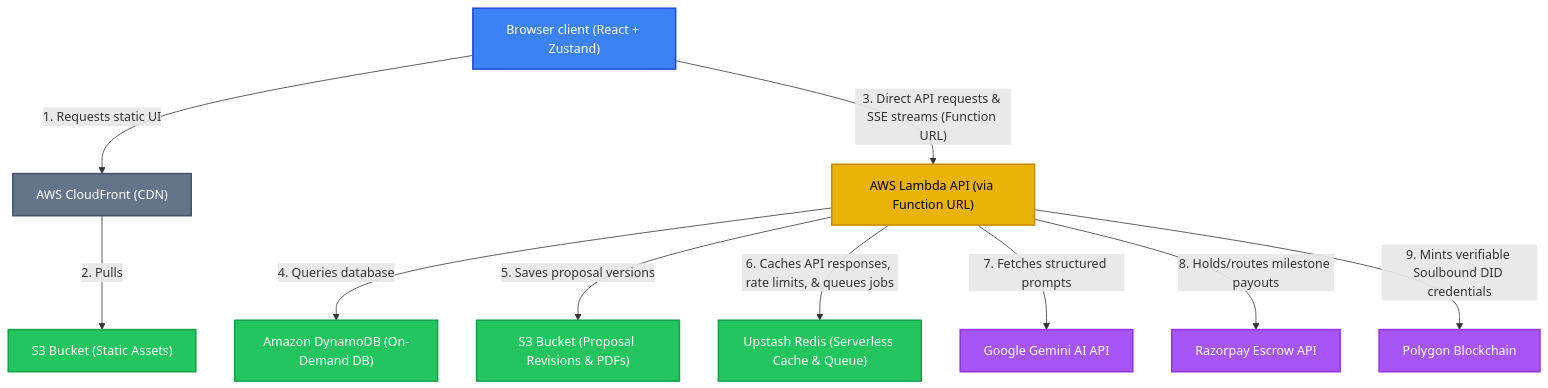
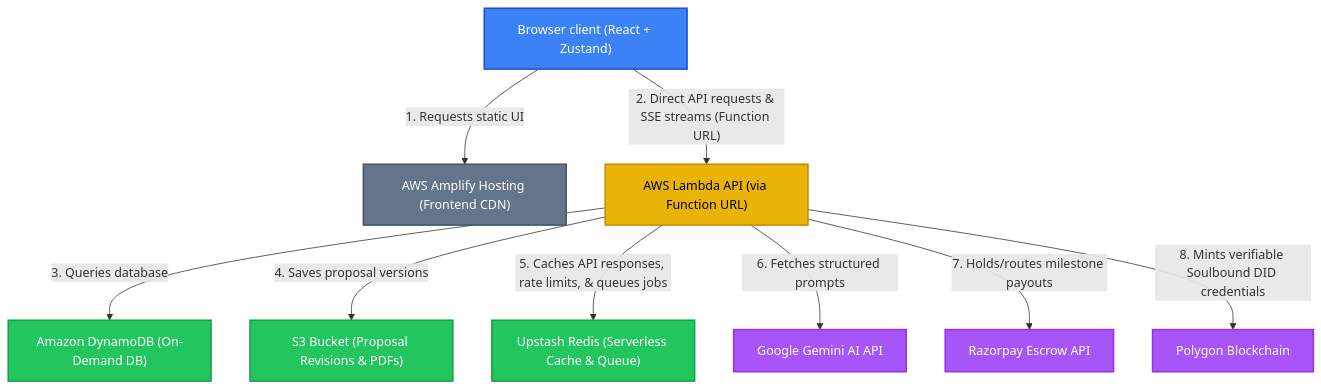
One commit to FixFlow-AI/FixFlow-AI-web changed the first of 2 diagrams in system_design.md. Above: the diagram before and after it, drawn with Mermaid. The commit also changed other lines of this file and 1 other file, not shown here.

Commit message:
docs: update system design documentation to reflect AWS Amplify Hosting integration

````diff
--- a/system_design.md
+++ b/system_design.md
@@ -186,34 +186,32 @@
 ```mermaid
 graph TD
     %% Define Classes & Styles
     classDef client fill:#3b82f6,stroke:#1d4ed8,stroke-width:2px,color:#fff;
     classDef edge fill:#64748b,stroke:#475569,stroke-width:2px,color:#fff;
     classDef compute fill:#eab308,stroke:#ca8a04,stroke-width:2px,color:#000;
     classDef storage fill:#22c55e,stroke:#16a34a,stroke-width:2px,color:#fff;
     classDef external fill:#a855f7,stroke:#9333ea,stroke-width:2px,color:#fff;
 
     %% Elements
     ClientBrowser["Browser client (React + Zustand)"]:::client
-    CloudFront["AWS CloudFront (CDN)"]:::edge
-    S3Static["S3 Bucket (Static Assets)"]:::storage
+    AmplifyHosting["AWS Amplify Hosting (Frontend CDN)"]:::edge
     LambdaBackend["AWS Lambda API (via Function URL)"]:::compute
     DynamoDB["Amazon DynamoDB (On-Demand DB)"]:::storage
     S3Data["S3 Bucket (Proposal Revisions & PDFs)"]:::storage
     RedisCache["Upstash Redis (Serverless Cache & Queue)"]:::storage
     
     GeminiAPI["Google Gemini AI API"]:::external
     RazorpayGateway["Razorpay Escrow API"]:::external
     PolygonChain["Polygon Blockchain"]:::external
 
     %% Flow Connections
-    ClientBrowser -->|1. Requests static UI| CloudFront
-    CloudFront -->|2. Pulls| S3Static
-    ClientBrowser -->|"3. Direct API requests & SSE streams (Function URL)"| LambdaBackend
-    LambdaBackend -->|4. Queries database| DynamoDB
-    LambdaBackend -->|5. Saves proposal versions| S3Data
-    LambdaBackend -->|"6. Caches API responses, rate limits, & queues jobs"| RedisCache
+    ClientBrowser -->|1. Requests static UI| AmplifyHosting
+    ClientBrowser -->|"2. Direct API requests & SSE streams (Function URL)"| LambdaBackend
+    LambdaBackend -->|3. Queries database| DynamoDB
+    LambdaBackend -->|4. Saves proposal versions| S3Data
+    LambdaBackend -->|"5. Caches API responses, rate limits, & queues jobs"| RedisCache
     
-    LambdaBackend -->|7. Fetches structured prompts| GeminiAPI
-    LambdaBackend -->|8. Holds/routes milestone payouts| RazorpayGateway
-    LambdaBackend -->|9. Mints verifiable Soulbound DID credentials| PolygonChain
+    LambdaBackend -->|6. Fetches structured prompts| GeminiAPI
+    LambdaBackend -->|7. Holds/routes milestone payouts| RazorpayGateway
+    LambdaBackend -->|8. Mints verifiable Soulbound DID credentials| PolygonChain
 ```
````
